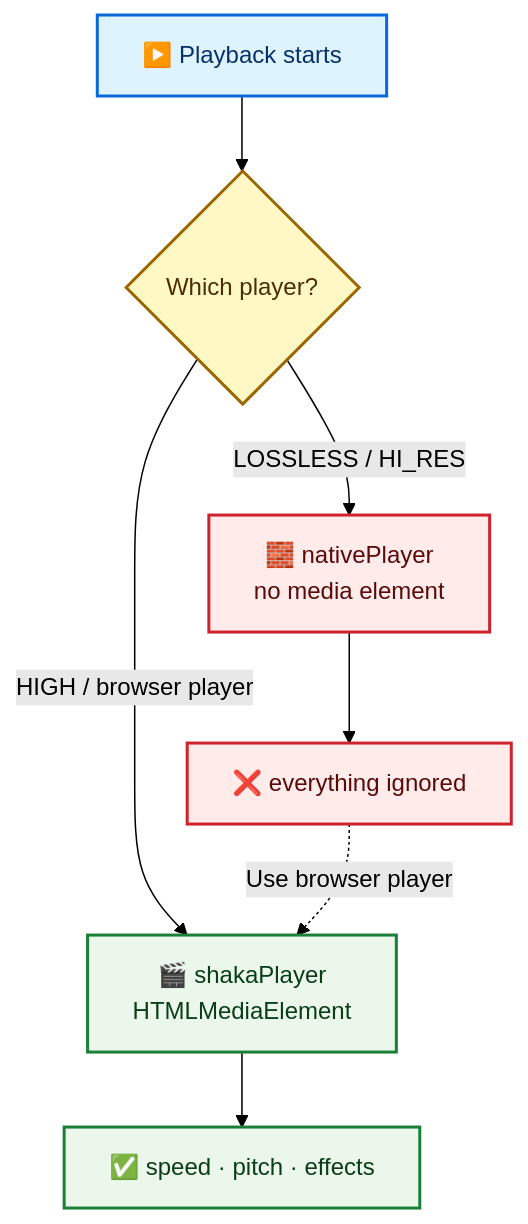
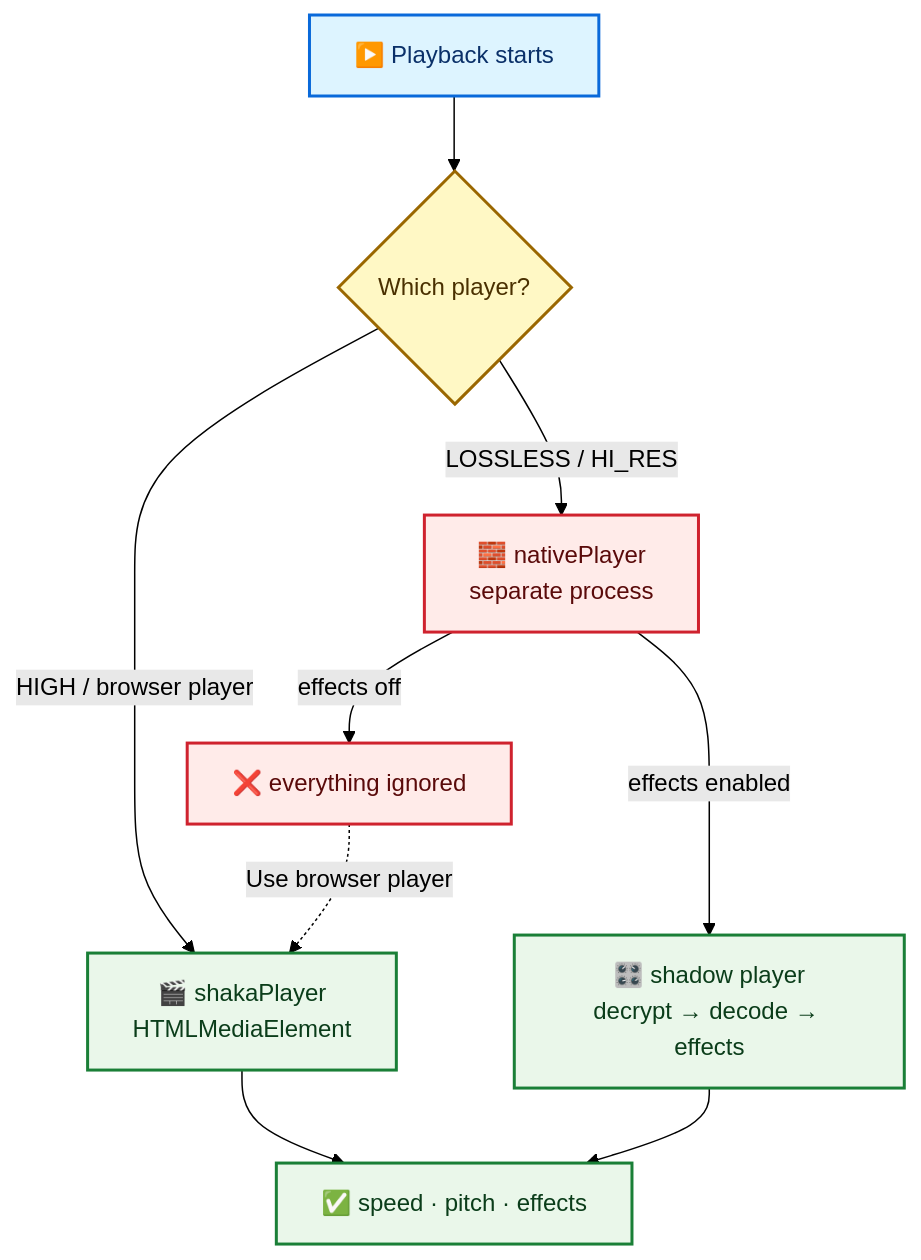
One commit to kyoto-aircon/tidaluna-playback-kit changed the second of 2 diagrams in README.md. Above: the diagram before and after it, drawn with Mermaid (forest theme). The commit also changed other lines of this file and 19 other files, not shown here.

Commit message:
feat: shadow player for native lossless effects (2.15.0)

````diff
--- a/README.md
+++ b/README.md
@@ -84,20 +85,22 @@
 ```mermaid
 flowchart TD
     PLAY["▶️ Playback starts"] --> WHICH{"Which player?"}
 
     WHICH -->|"HIGH / browser player"| SHAKA["🎬 shakaPlayer<br/>HTMLMediaElement"]
-    WHICH -->|"LOSSLESS / HI_RES"| NATIVE["🧱 nativePlayer<br/>no media element"]
+    WHICH -->|"LOSSLESS / HI_RES"| NATIVE["🧱 nativePlayer<br/>separate process"]
 
     SHAKA --> WORKS["✅ speed · pitch · effects"]
-    NATIVE --> NOOP["❌ everything ignored"]
+    NATIVE -->|"effects enabled"| SHADOW["🎛️ shadow player<br/>decrypt → decode → effects"]
+    NATIVE -->|"effects off"| NOOP["❌ everything ignored"]
+    SHADOW --> WORKS
     NOOP -.->|"Use browser player"| SHAKA
 
     classDef start fill:#DDF4FF,stroke:#0969DA,stroke-width:2px,color:#0A3069
     classDef decision fill:#FFF8C5,stroke:#9A6700,stroke-width:2px,color:#4A3000
     classDef good fill:#EAF7EA,stroke:#1A7F37,stroke-width:2px,color:#0B3D1A
     classDef bad fill:#FFEBE9,stroke:#CF222E,stroke-width:2px,color:#5A0A0A
     class PLAY start
     class WHICH decision
-    class SHAKA,WORKS good
+    class SHAKA,WORKS,SHADOW good
     class NATIVE,NOOP bad
 ```
````
